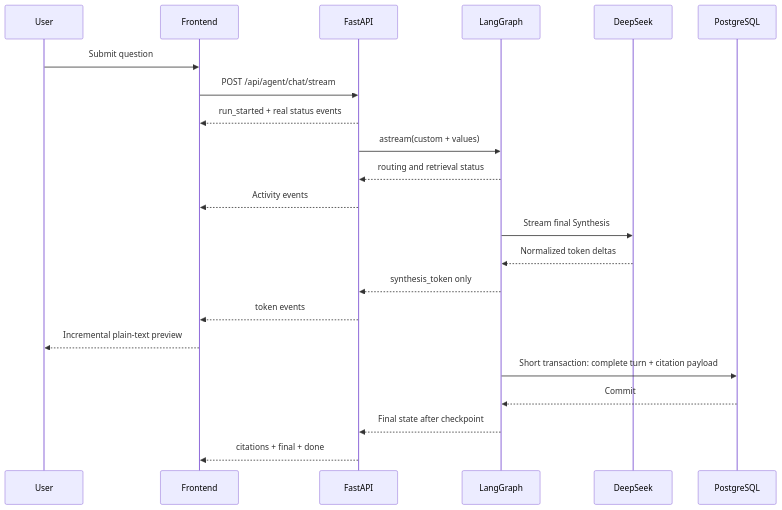
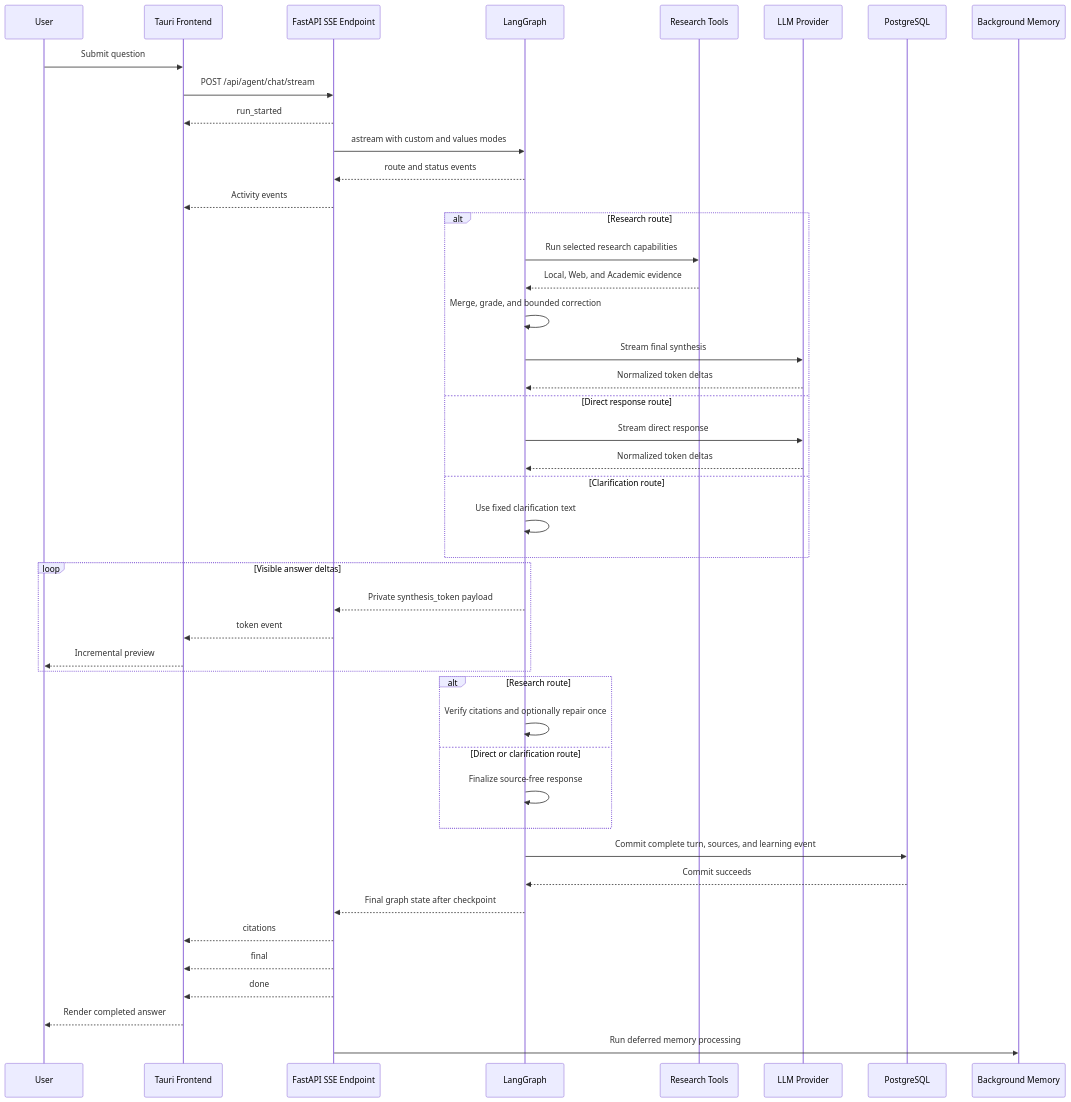
The fourth of 4 diagrams in README.md (VanGogh-7/Personal_Learning_Agent), drawn with Mermaid before and after one commit. The commit also changed other lines of this file and 1 other file, not shown here.

````diff
--- a/README.md
+++ b/README.md
@@ -126,25 +226,51 @@
 ```mermaid
 sequenceDiagram
-    participant U as User
-    participant F as Frontend
-    participant A as FastAPI
-    participant G as LangGraph
-    participant D as DeepSeek
-    participant P as PostgreSQL
+    participant SQ_USER as User
+    participant SQ_UI as Tauri Frontend
+    participant SQ_API as FastAPI SSE Endpoint
+    participant SQ_GRAPH as LangGraph
+    participant SQ_TOOLS as Research Tools
+    participant SQ_LLM as LLM Provider
+    participant SQ_DB as PostgreSQL
+    participant SQ_MEMORY as Background Memory
 
-    U->>F: Submit question
-    F->>A: POST /api/agent/chat/stream
-    A-->>F: run_started + real status events
-    A->>G: astream(custom + values)
-    G-->>A: routing and retrieval status
-    A-->>F: Activity events
-    G->>D: Stream final Synthesis
-    D-->>G: Normalized token deltas
-    G-->>A: synthesis_token only
-    A-->>F: token events
-    F-->>U: Incremental plain-text preview
-    G->>P: Short transaction: complete turn + citation payload
-    P-->>G: Commit
-    G-->>A: Final state after checkpoint
-    A-->>F: citations + final + done
+    SQ_USER->>SQ_UI: Submit question
+    SQ_UI->>SQ_API: POST /api/agent/chat/stream
+    SQ_API-->>SQ_UI: run_started
+    SQ_API->>SQ_GRAPH: astream with custom and values modes
+    SQ_GRAPH-->>SQ_API: route and status events
+    SQ_API-->>SQ_UI: Activity events
+
+    alt Research route
+        SQ_GRAPH->>SQ_TOOLS: Run selected research capabilities
+        SQ_TOOLS-->>SQ_GRAPH: Local, Web, and Academic evidence
+        SQ_GRAPH->>SQ_GRAPH: Merge, grade, and bounded correction
+        SQ_GRAPH->>SQ_LLM: Stream final synthesis
+        SQ_LLM-->>SQ_GRAPH: Normalized token deltas
+    else Direct response route
+        SQ_GRAPH->>SQ_LLM: Stream direct response
+        SQ_LLM-->>SQ_GRAPH: Normalized token deltas
+    else Clarification route
+        SQ_GRAPH->>SQ_GRAPH: Use fixed clarification text
+    end
+
+    loop Visible answer deltas
+        SQ_GRAPH-->>SQ_API: Private synthesis_token payload
+        SQ_API-->>SQ_UI: token event
+        SQ_UI-->>SQ_USER: Incremental preview
+    end
+
+    alt Research route
+        SQ_GRAPH->>SQ_GRAPH: Verify citations and optionally repair once
+    else Direct or clarification route
+        SQ_GRAPH->>SQ_GRAPH: Finalize source-free response
+    end
+    SQ_GRAPH->>SQ_DB: Commit complete turn, sources, and learning event
+    SQ_DB-->>SQ_GRAPH: Commit succeeds
+    SQ_GRAPH-->>SQ_API: Final graph state after checkpoint
+    SQ_API-->>SQ_UI: citations
+    SQ_API-->>SQ_UI: final
+    SQ_API-->>SQ_UI: done
+    SQ_UI-->>SQ_USER: Render completed answer
+    SQ_API->>SQ_MEMORY: Run deferred memory processing
 ```
````
